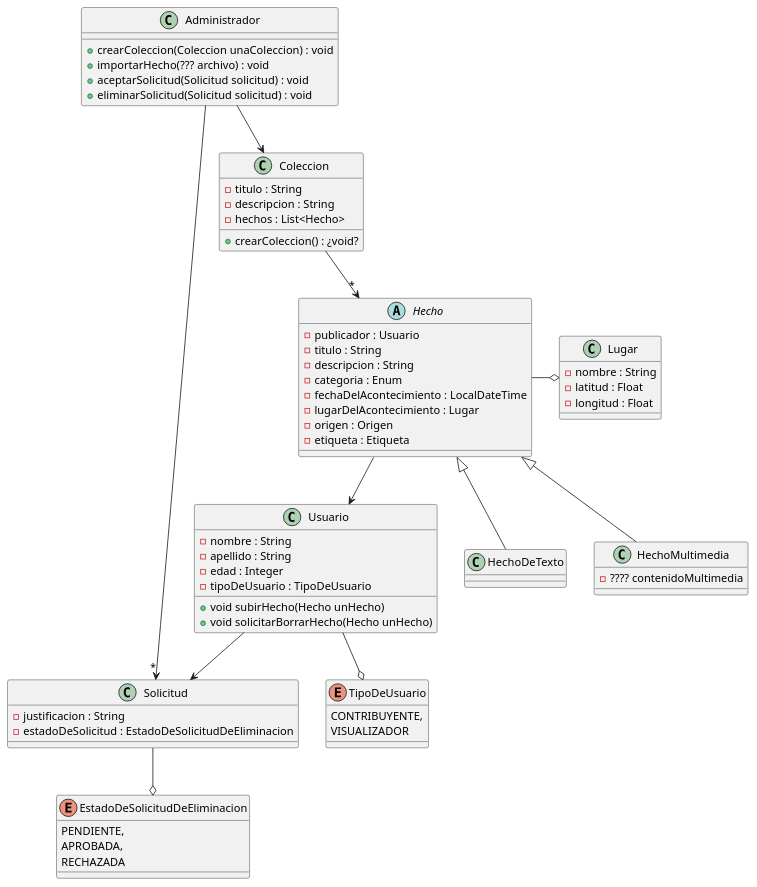
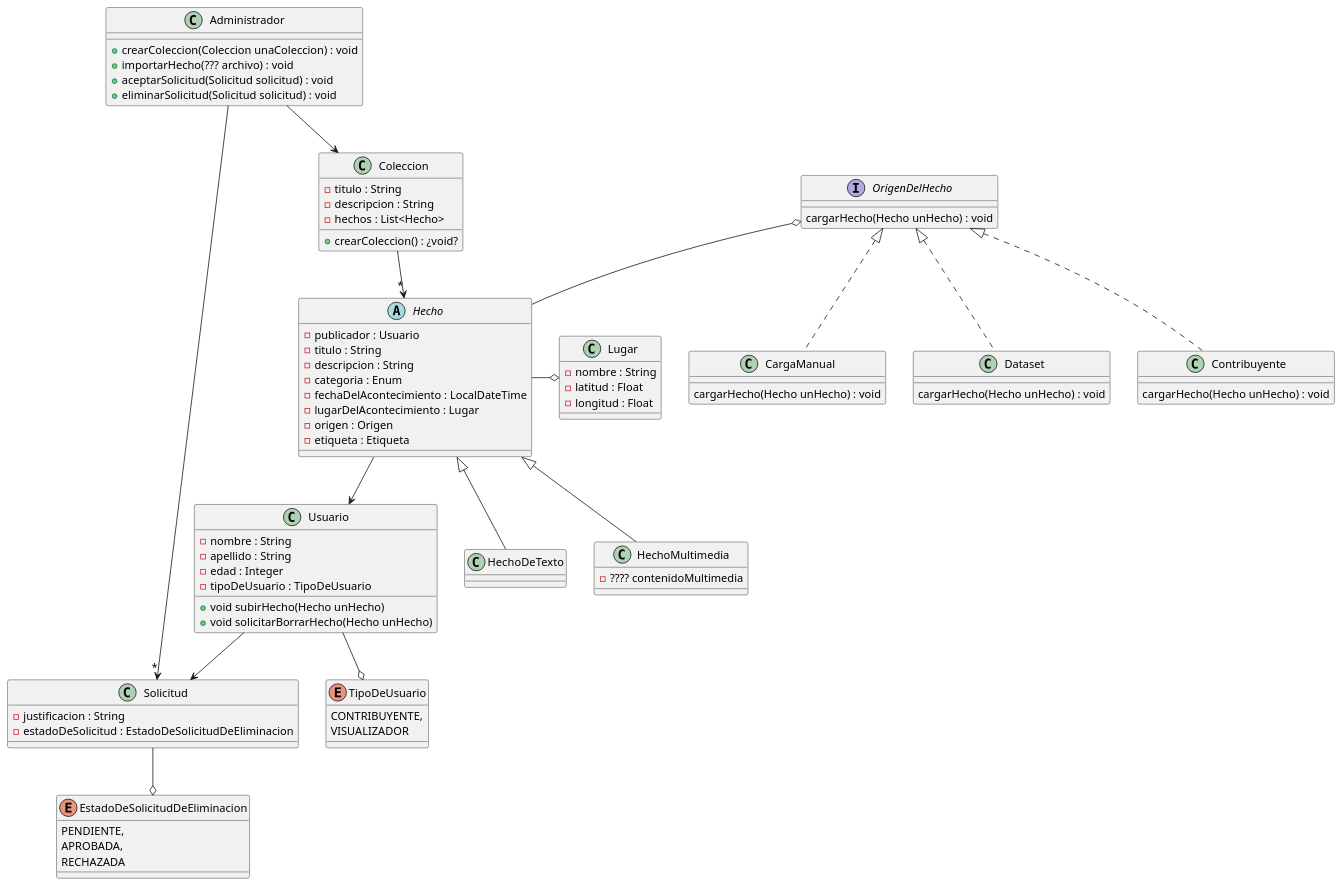
Before and after one commit to vclevy/MetaMapa: the diagram in src/main/DC1raEntrega.puml, drawn with PlantUML. The commit also changed 2 other files, not shown here.

Commit message:
Actualizando diagrama + usuarios

```diff
--- a/src/main/DC1raEntrega.puml
+++ b/src/main/DC1raEntrega.puml
@@ -1,78 +1,95 @@
 @startuml
 'https://plantuml.com/class-diagram
 'El titulo podria ser un posible enum
 
 class Coleccion{
     - titulo : String
     - descripcion : String
     - hechos : List<Hecho>
 
     + crearColeccion() : ¿void?
 }
 
 abstract class Hecho{
   - publicador : Usuario
   - titulo : String
   - descripcion : String
   - categoria : Enum
   - fechaDelAcontecimiento : LocalDateTime
   - lugarDelAcontecimiento : Lugar
   - origen : Origen
   - etiqueta : Etiqueta
 }
 
 class HechoDeTexto extends Hecho{
 }
 
 class HechoMultimedia extends Hecho{
  - ???? contenidoMultimedia
 }
 
+class Lugar{
+    - nombre : String
+    - latitud : Float
+    - longitud : Float
+}
+
+interface OrigenDelHecho {
+    cargarHecho(Hecho unHecho) : void
+}
+
+class CargaManual implements OrigenDelHecho {
+    cargarHecho(Hecho unHecho) : void
+}
+
+class Dataset implements OrigenDelHecho {
+    cargarHecho(Hecho unHecho) : void
+}
+
+class Contribuyente implements OrigenDelHecho {
+    cargarHecho(Hecho unHecho) : void
+}
 
 class Usuario{
     - nombre : String
     - apellido : String
     - edad : Integer
     - tipoDeUsuario : TipoDeUsuario
     + void subirHecho(Hecho unHecho)
     + void solicitarBorrarHecho(Hecho unHecho)
 }
 
 enum TipoDeUsuario {
     CONTRIBUYENTE,
     VISUALIZADOR
-}
-
-class Lugar{
-    - nombre : String
-    - latitud : Float
-    - longitud : Float
 }
 
 class Solicitud{
     - justificacion : String
     - estadoDeSolicitud : EstadoDeSolicitudDeEliminacion
 }
 
 enum EstadoDeSolicitudDeEliminacion {
     PENDIENTE,
     APROBADA,
     RECHAZADA
 }
 
 class Administrador{
    + crearColeccion(Coleccion unaColeccion) : void
    + importarHecho(??? archivo) : void
    + aceptarSolicitud(Solicitud solicitud) : void
    + eliminarSolicitud(Solicitud solicitud) : void
 }
 
 Hecho --> Usuario
 Lugar o-l- Hecho
 Coleccion -->"*" Hecho
 Administrador -->"*" Solicitud
 Administrador --> Coleccion
 Usuario --> Solicitud
 EstadoDeSolicitudDeEliminacion o-u- Solicitud
 TipoDeUsuario o-u- Usuario
+OrigenDelHecho o-- Hecho
+
 @enduml
```
